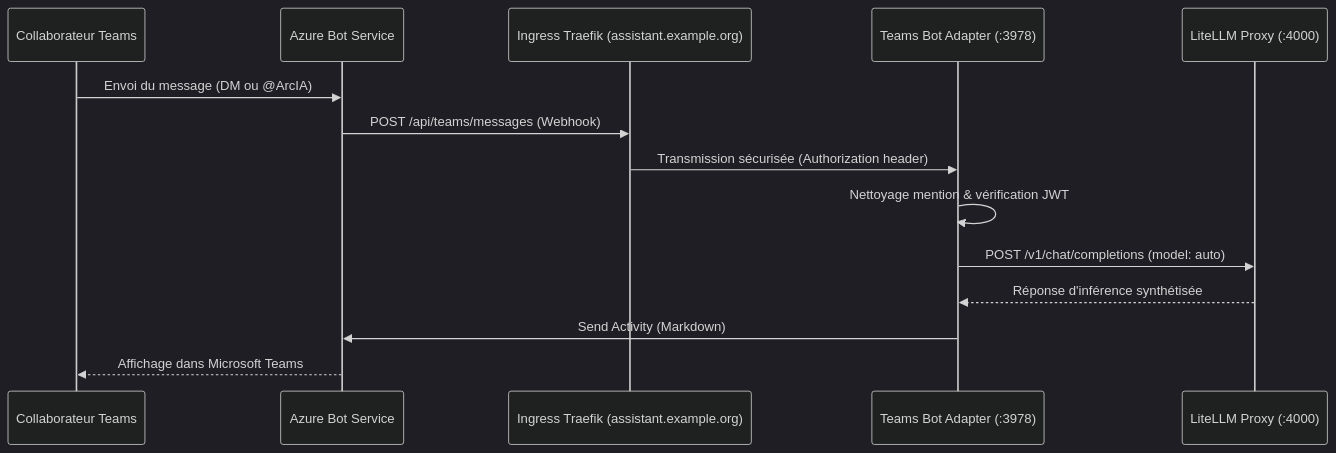
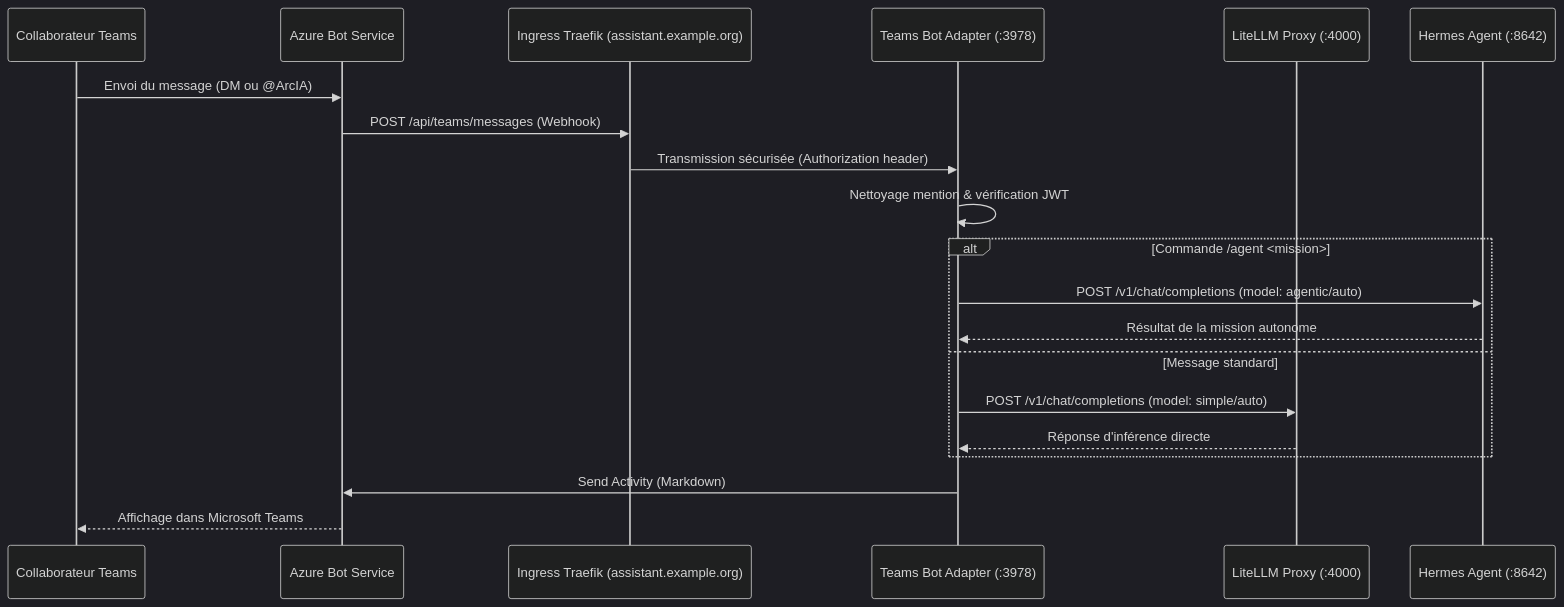
One commit to nicolastheuil/ArcIA changed the second of 2 diagrams in docs/guides/integration-teams.md. Above: the diagram before and after it, drawn with Mermaid (dark theme). The commit also changed other lines of this file and 86 other files, not shown here.

````diff
--- a/docs/guides/integration-teams.md
+++ b/docs/guides/integration-teams.md
@@ -31,17 +34,23 @@
 ```mermaid
 sequenceDiagram
     participant User as Collaborateur Teams
     participant MS as Azure Bot Service
     participant Ingress as Ingress Traefik (assistant.example.org)
     participant Adapter as Teams Bot Adapter (:3978)
     participant LiteLLM as LiteLLM Proxy (:4000)
+    participant Hermes as Hermes Agent (:8642)
 
     User->>MS: Envoi du message (DM ou @ArcIA)
     MS->>Ingress: POST /api/teams/messages (Webhook)
     Ingress->>Adapter: Transmission sécurisée (Authorization header)
     Adapter->>Adapter: Nettoyage mention & vérification JWT
-    Adapter->>LiteLLM: POST /v1/chat/completions (model: auto)
-    LiteLLM-->>Adapter: Réponse d'inférence synthétisée
+    alt Commande /agent <mission>
+        Adapter->>Hermes: POST /v1/chat/completions (model: agentic/auto)
+        Hermes-->>Adapter: Résultat de la mission autonome
+    else Message standard
+        Adapter->>LiteLLM: POST /v1/chat/completions (model: simple/auto)
+        LiteLLM-->>Adapter: Réponse d'inférence directe
+    end
     Adapter->>MS: Send Activity (Markdown)
     MS-->>User: Affichage dans Microsoft Teams
 ```
````
